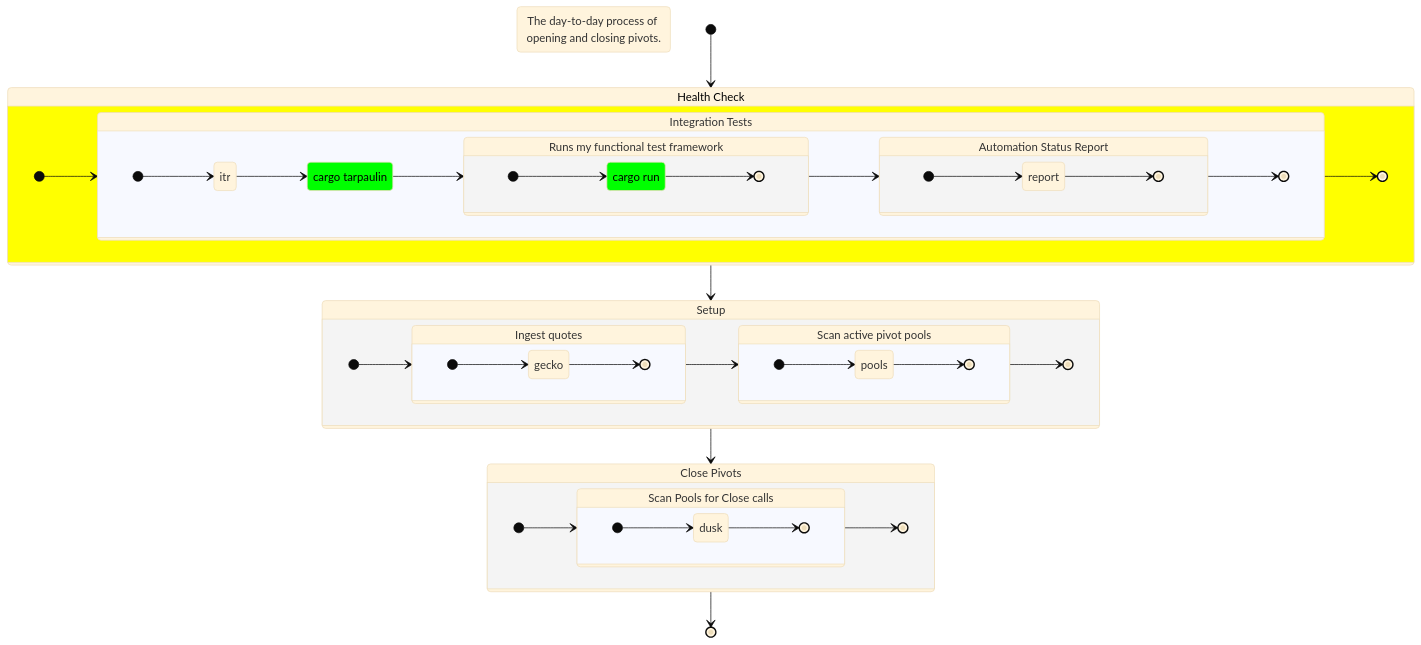
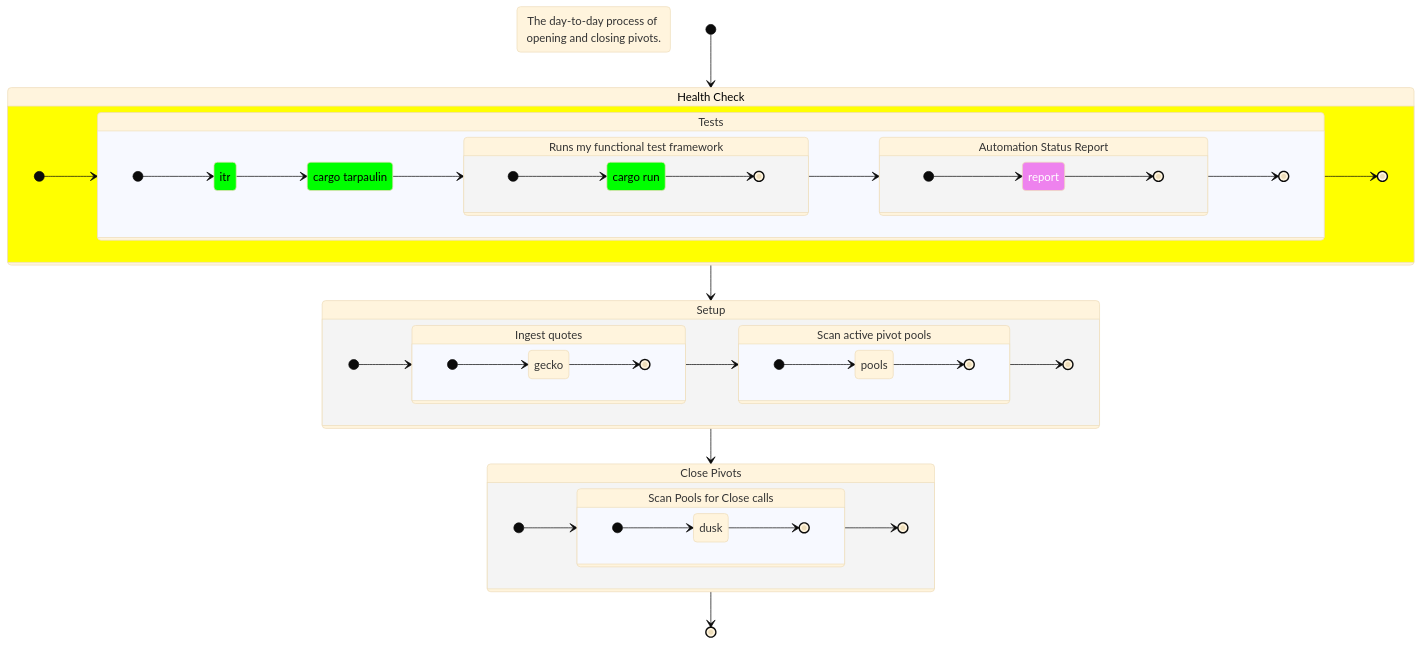
One commit to pivoteur/protocol changed the diagram in dapps/README.md. Above: the diagram before and after it, drawn with Mermaid (base theme).

Commit message:
A bit more stylistic finesse for the testing-phase

```diff
--- a/dapps/README.md
+++ b/dapps/README.md
@@ -15,7 +15,9 @@
 
    class Tarp inUse
    class Run inUse
+   class itr inUse
    class Tests wip
+   class report manual
 
    Run: cargo run
 
@@ -30,7 +32,7 @@
       [*] --> Integration
       Integration --> [*]
 
-      Integration: Integration Tests
+      Integration: Tests
       state Integration {
          direction LR
 
@@ -50,7 +52,6 @@
          state Rep {
             direction LR
 
-            class report manual
             [*] --> report
             report --> [*]
          }
```
